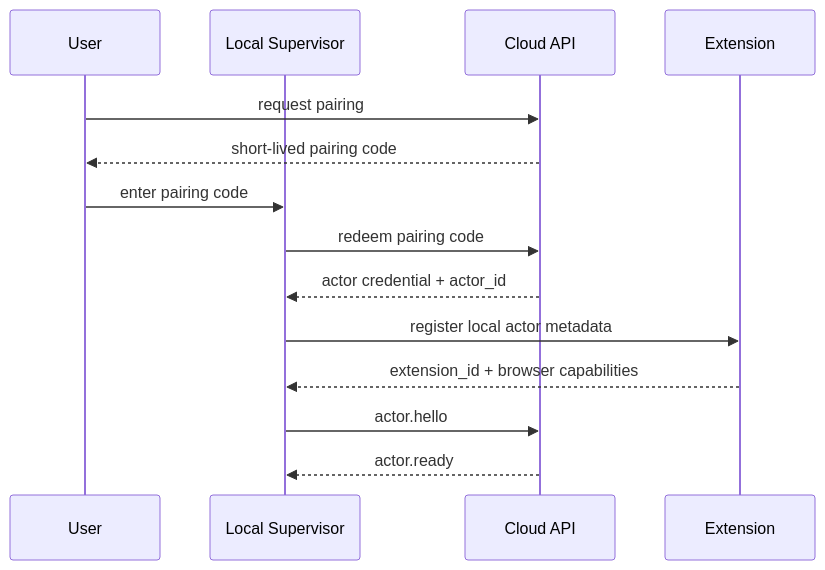
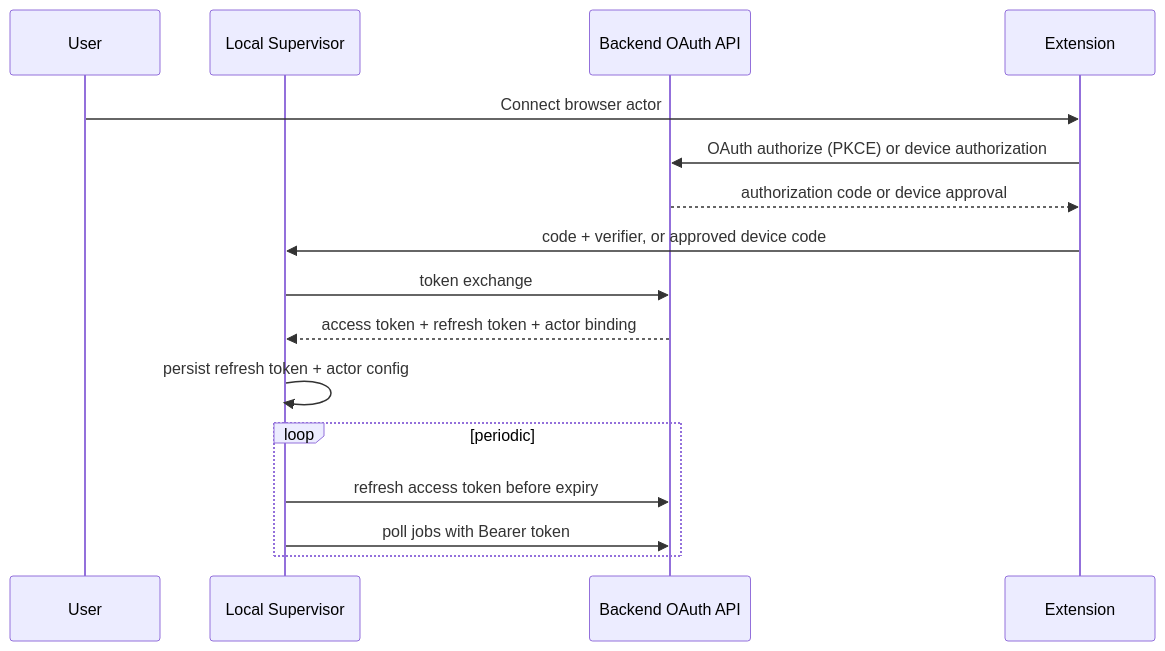
Before and after one commit to srv1n/rzn-browser: the fifth of 5 diagrams in docs/features/cloud_control_plane/README.md, drawn with Mermaid. The commit also changed other lines of this file and 250 other files, not shown here.

Commit message:
new supervisor architecture

````diff
--- a/docs/features/cloud_control_plane/README.md
+++ b/docs/features/cloud_control_plane/README.md
@@ -346,17 +477,19 @@
 ```mermaid
 sequenceDiagram
   participant U as User
   participant D as Local Supervisor
-  participant C as Cloud API
+  participant C as Backend OAuth API
   participant E as Extension
 
-  U->>C: request pairing
-  C-->>U: short-lived pairing code
-  U->>D: enter pairing code
-  D->>C: redeem pairing code
-  C-->>D: actor credential + actor_id
-  D->>E: register local actor metadata
-  E-->>D: extension_id + browser capabilities
-  D->>C: actor.hello
-  C-->>D: actor.ready
+  U->>E: Connect browser actor
+  E->>C: OAuth authorize (PKCE) or device authorization
+  C-->>E: authorization code or device approval
+  E->>D: code + verifier, or approved device code
+  D->>C: token exchange
+  C-->>D: access token + refresh token + actor binding
+  D->>D: persist refresh token + actor config
+  loop periodic
+    D->>C: refresh access token before expiry
+    D->>C: poll jobs with Bearer token
+  end
 ```
````
